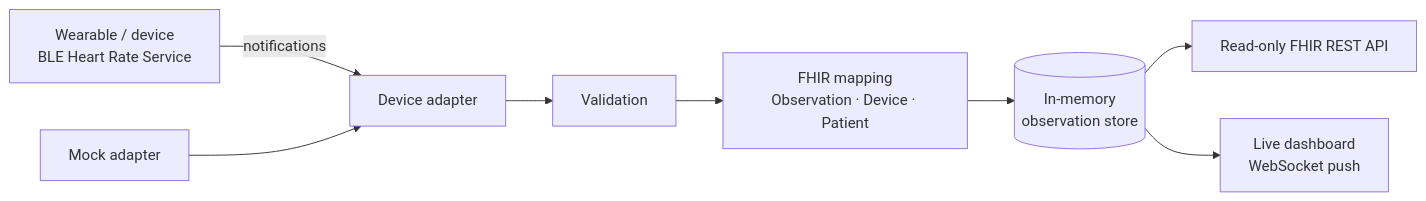
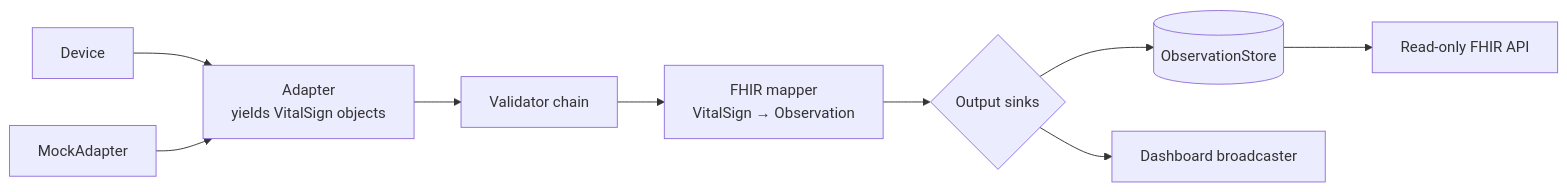
The diagram in README.md (soroushdty/vitals-on-fhir), drawn with Mermaid before and after one commit. The commit also changed other lines of this file, not shown here.

````diff
--- a/README.md
+++ b/README.md
@@ -32,10 +32,11 @@
 ```mermaid
 flowchart LR
-    A[Wearable / device<br/>BLE Heart Rate Service] -->|notifications| B[Device adapter]
-    M[Mock adapter] --> B
-    B --> C[Validation]
-    C --> D[FHIR mapping<br/>Observation · Device · Patient]
-    D --> E[(In-memory<br/>observation store)]
-    E --> F[Read-only FHIR REST API]
-    E --> G[Live dashboard<br/>WebSocket push]
+    D[Device] --> A[Adapter<br/>yields VitalSign objects]
+    M[MockAdapter] --> A
+    A --> V[Validator chain]
+    V --> F[FHIR mapper<br/>VitalSign → Observation]
+    F --> S{Output sinks}
+    S --> ST[(ObservationStore)]
+    S --> WS[Dashboard broadcaster]
+    ST --> API[Read-only FHIR API]
 ```
````
